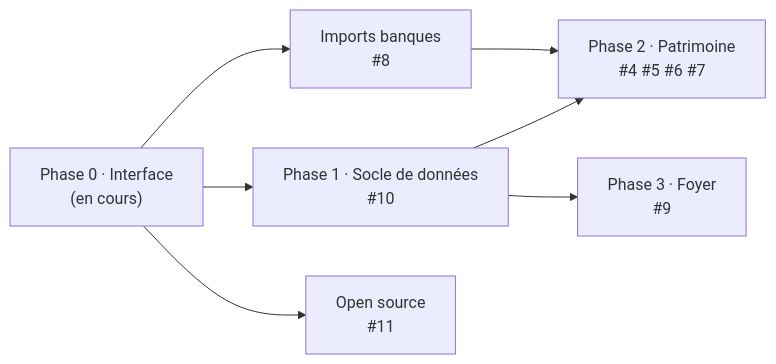
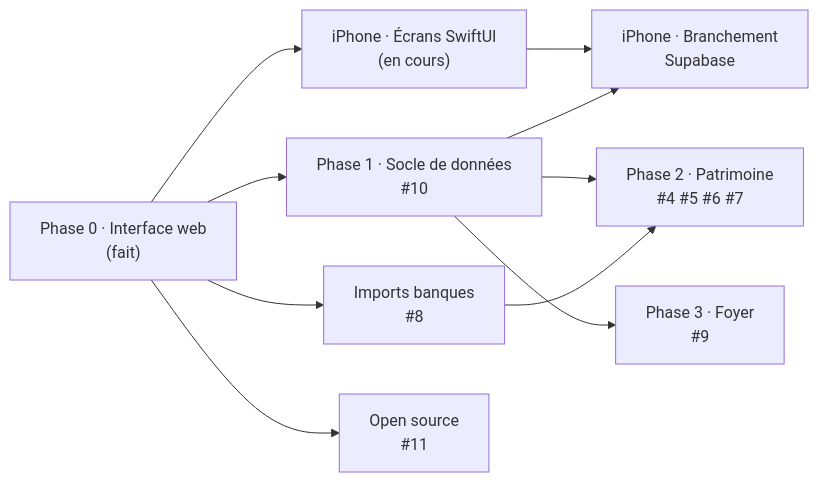
One commit to victorsauter/finance changed the diagram in docs/ROADMAP.md. Above: the diagram before and after it, drawn with Mermaid. The commit also changed other lines of this file and 16 other files, not shown here.

First line of the commit message:
feat(ios): SwiftUI prototype, ADR 0003 and web tooling isolation (#13)

````diff
--- a/docs/ROADMAP.md
+++ b/docs/ROADMAP.md
@@ -25,9 +28,12 @@
 ```mermaid
 flowchart LR
-  P0["Phase 0 · Interface<br/>(en cours)"] --> P1["Phase 1 · Socle de données<br/>#10"]
+  P0["Phase 0 · Interface web<br/>(fait)"] --> P1["Phase 1 · Socle de données<br/>#10"]
+  P0 --> N["iPhone · Écrans SwiftUI<br/>(en cours)"]
+  N --> C["iPhone · Branchement<br/>Supabase"]
+  P1 --> C
   P1 --> P2["Phase 2 · Patrimoine<br/>#4 #5 #6 #7"]
   P1 --> P3["Phase 3 · Foyer<br/>#9"]
   P0 --> I["Imports banques<br/>#8"]
   I --> P2
   P0 --> O["Open source<br/>#11"]
 ```
````
